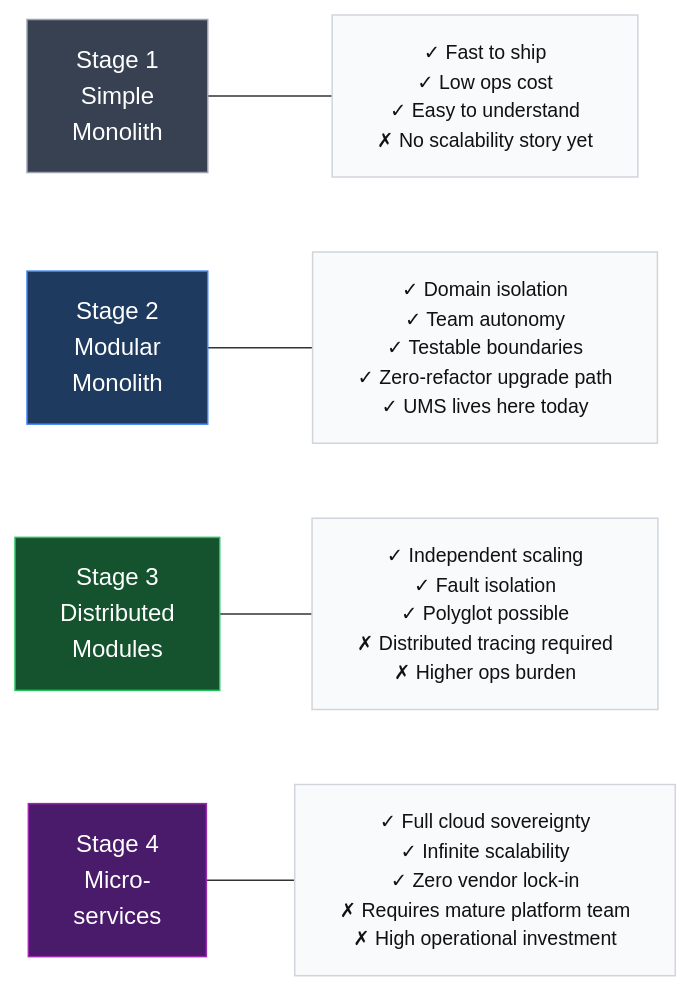
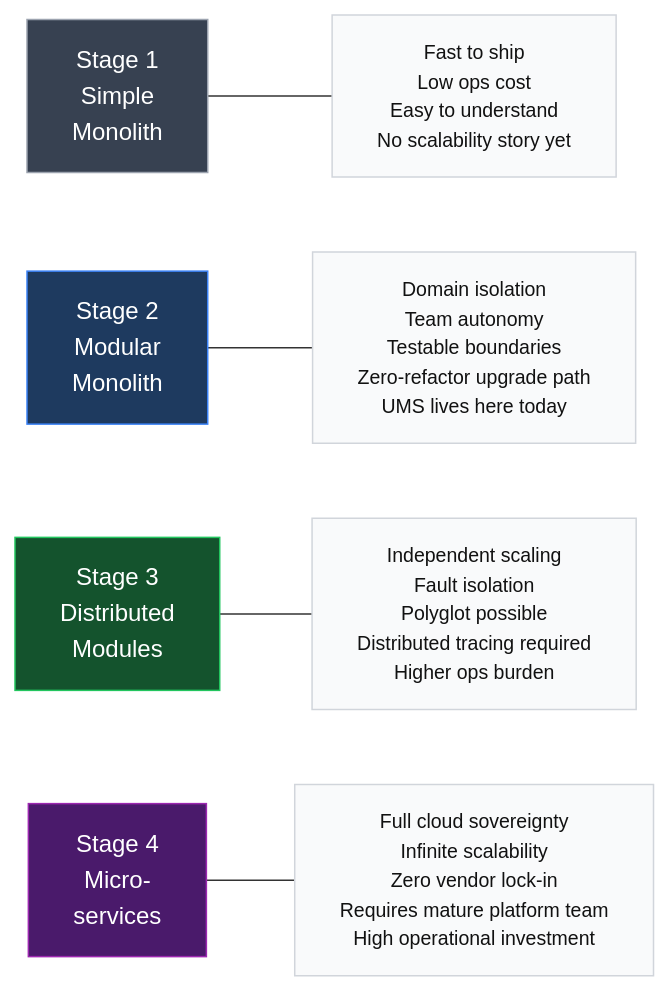
Before and after one commit to beyondnetcode/evolith_arch32: the second of 4 diagrams in reference/governance/standards/communication/visuals/v02-progressive-journey.md, drawn with Mermaid. The commit also changed other lines of this file and 41 other files, not shown here.

````diff
--- a/reference/governance/standards/communication/visuals/v02-progressive-journey.md
+++ b/reference/governance/standards/communication/visuals/v02-progressive-journey.md
@@ -62,18 +62,18 @@
 ```mermaid
 flowchart LR
     classDef s1 fill:#374151,stroke:#9ca3af,color:#fff
     classDef s2 fill:#1e3a5f,stroke:#3b82f6,color:#fff
     classDef s3 fill:#14532d,stroke:#22c55e,color:#fff
     classDef s4 fill:#4a1a6b,stroke:#9c27b0,color:#fff
     classDef cap fill:#f9fafb,stroke:#d1d5db,color:#111,font-size:13px
 
     S1["Stage 1\nSimple\nMonolith"]:::s1
     S2["Stage 2\nModular\nMonolith"]:::s2
     S3["Stage 3\nDistributed\nModules"]:::s3
     S4["Stage 4\nMicro-\nservices"]:::s4
 
-    S1 --- C1["✓ Fast to ship\n✓ Low ops cost\n✓ Easy to understand\n✗ No scalability story yet"]:::cap
-    S2 --- C2["✓ Domain isolation\n✓ Team autonomy\n✓ Testable boundaries\n✓ Zero-refactor upgrade path\n✓ UMS lives here today"]:::cap
-    S3 --- C3["✓ Independent scaling\n✓ Fault isolation\n✓ Polyglot possible\n✗ Distributed tracing required\n✗ Higher ops burden"]:::cap
-    S4 --- C4["✓ Full cloud sovereignty\n✓ Infinite scalability\n✓ Zero vendor lock-in\n✗ Requires mature platform team\n✗ High operational investment"]:::cap
+    S1 --- C1[" Fast to ship\n Low ops cost\n Easy to understand\n No scalability story yet"]:::cap
+    S2 --- C2[" Domain isolation\n Team autonomy\n Testable boundaries\n Zero-refactor upgrade path\n UMS lives here today"]:::cap
+    S3 --- C3[" Independent scaling\n Fault isolation\n Polyglot possible\n Distributed tracing required\n Higher ops burden"]:::cap
+    S4 --- C4[" Full cloud sovereignty\n Infinite scalability\n Zero vendor lock-in\n Requires mature platform team\n High operational investment"]:::cap
 ```
````
